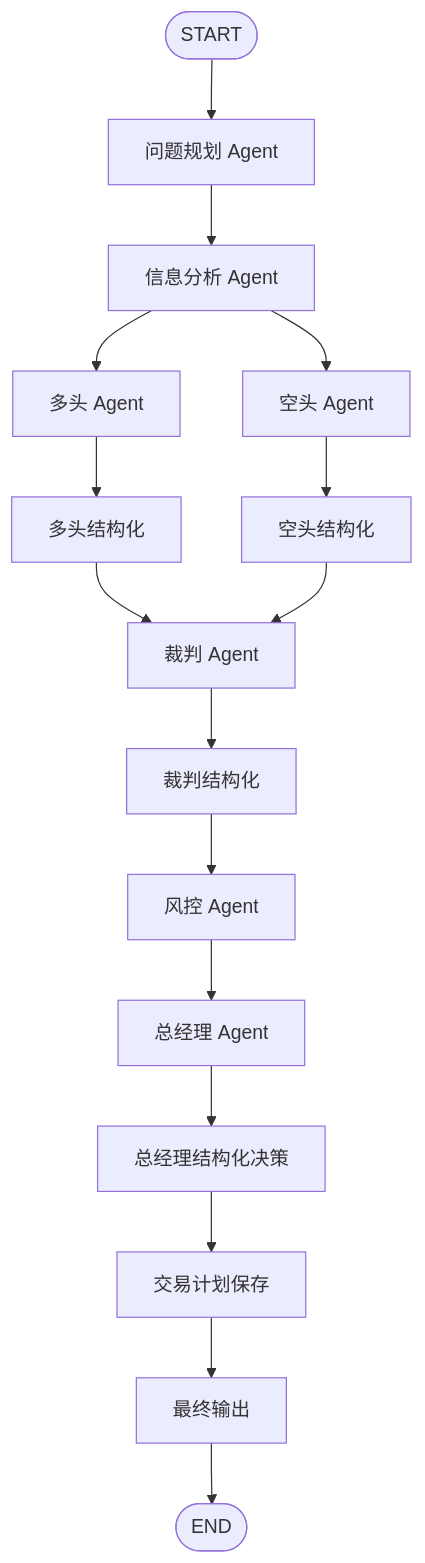
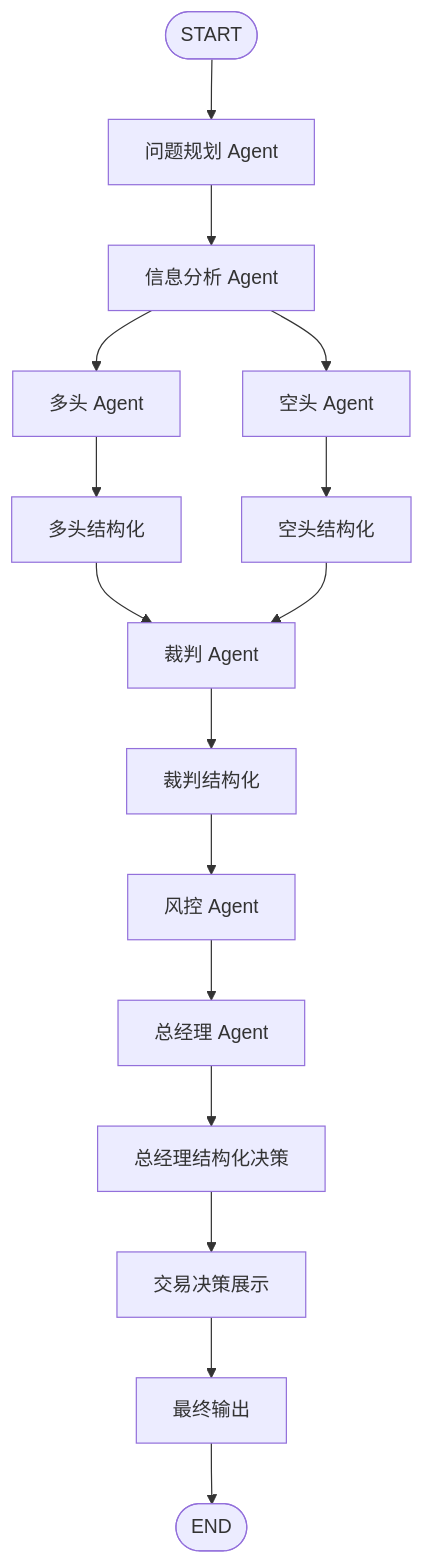
One commit to SPUERSAIYAN/StockAgentWar changed the diagram in README.md. Above: the diagram before and after it, drawn with Mermaid. The commit also changed other lines of this file and 31 other files, not shown here.

````diff
--- a/README.md
+++ b/README.md
@@ -110,18 +99,18 @@
 ```mermaid
 flowchart TD
     START([START]) --> PLAN[问题规划 Agent]
     PLAN --> INFO[信息分析 Agent]
     INFO --> BULL[多头 Agent]
     INFO --> BEAR[空头 Agent]
     BULL --> BULL_STRUCT[多头结构化]
     BEAR --> BEAR_STRUCT[空头结构化]
     BULL_STRUCT --> JUDGE[裁判 Agent]
     BEAR_STRUCT --> JUDGE
     JUDGE --> JUDGE_STRUCT[裁判结构化]
     JUDGE_STRUCT --> RISK[风控 Agent]
     RISK --> MANAGER[总经理 Agent]
     MANAGER --> DECISION[总经理结构化决策]
-    DECISION --> SAVE[交易计划保存]
+    DECISION --> SAVE[交易决策展示]
     SAVE --> OUTPUT[最终输出]
     OUTPUT --> END([END])
 ```
````
